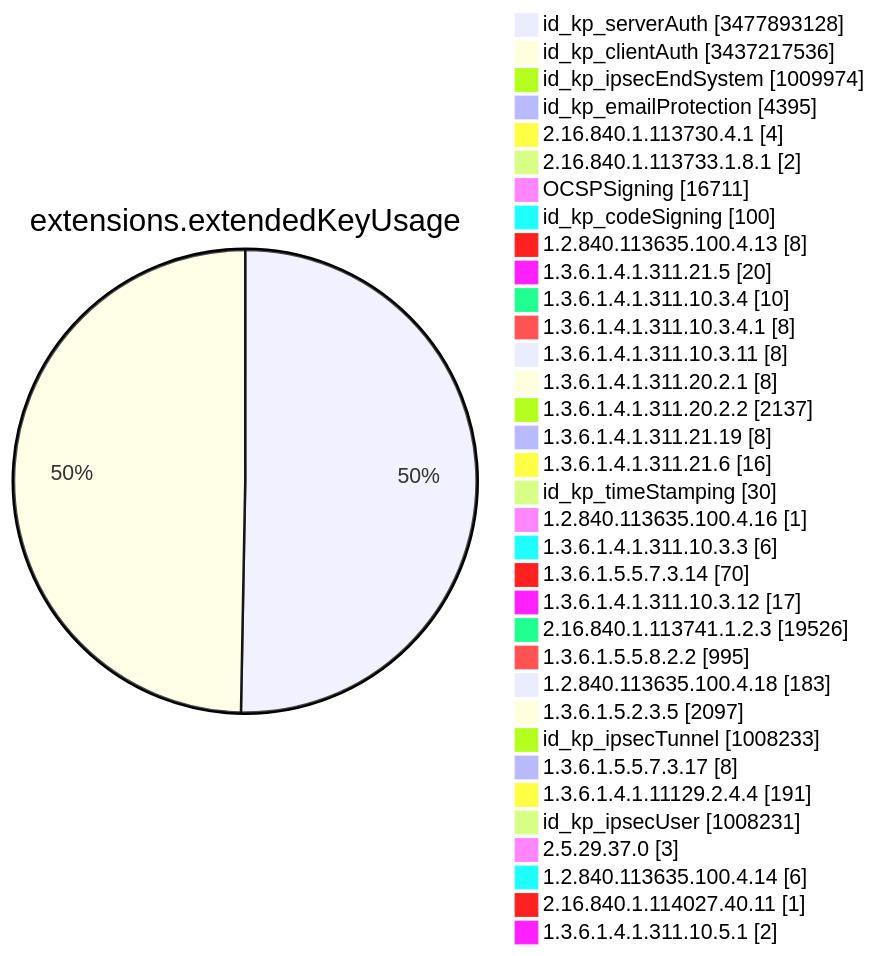
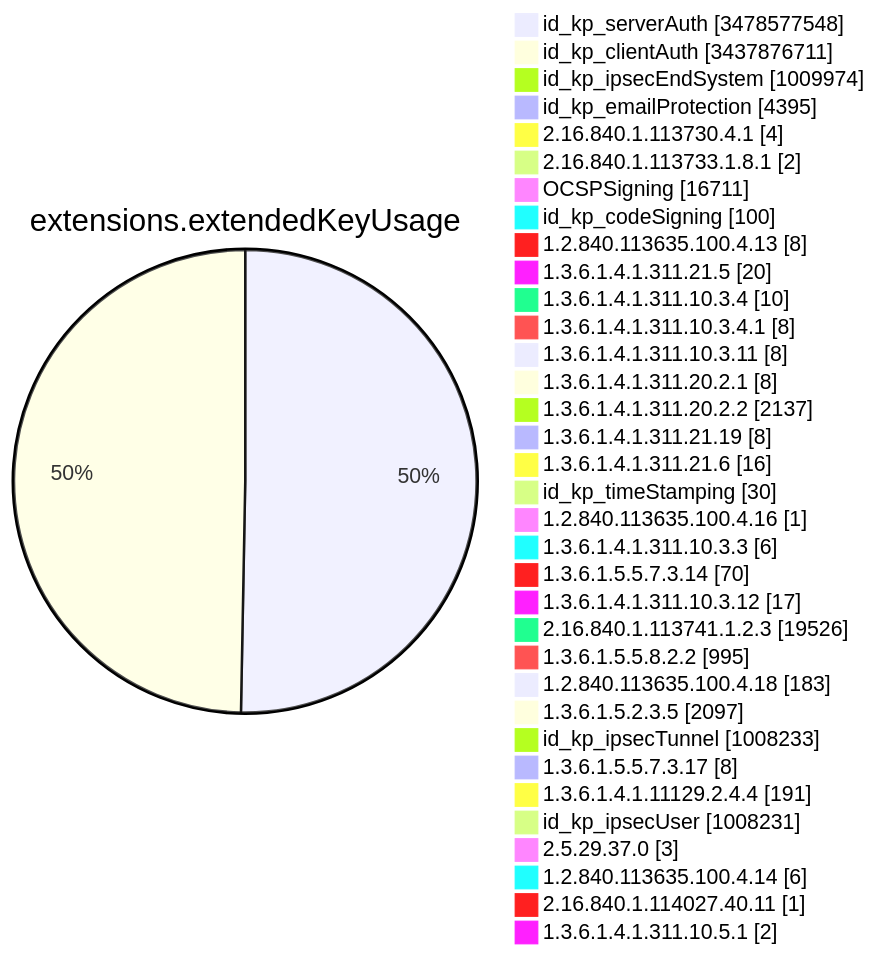
Diagram 11 of 15 in TOTAL/README.md (christiankrug/ctmonitor_visualization), drawn with Mermaid before and after one commit. The commit also changed other lines of this file, not shown here.

````diff
--- a/TOTAL/README.md
+++ b/TOTAL/README.md
@@ -4123,38 +4123,38 @@
 ```mermaid
 pie showData
 title extensions.extendedKeyUsage
-"id_kp_serverAuth" :3477893128
-"id_kp_clientAuth" :3437217536
+"id_kp_serverAuth" :3478577548
+"id_kp_clientAuth" :3437876711
 "id_kp_ipsecEndSystem" :1009974
 "id_kp_emailProtection" :4395
 "2.16.840.1.113730.4.1" :4
 "2.16.840.1.113733.1.8.1" :2
 "OCSPSigning" :16711
 "id_kp_codeSigning" :100
 "1.2.840.113635.100.4.13" :8
 "1.3.6.1.4.1.311.21.5" :20
 "1.3.6.1.4.1.311.10.3.4" :10
 "1.3.6.1.4.1.311.10.3.4.1" :8
 "1.3.6.1.4.1.311.10.3.11" :8
 "1.3.6.1.4.1.311.20.2.1" :8
 "1.3.6.1.4.1.311.20.2.2" :2137
 "1.3.6.1.4.1.311.21.19" :8
 "1.3.6.1.4.1.311.21.6" :16
 "id_kp_timeStamping" :30
 "1.2.840.113635.100.4.16" :1
 "1.3.6.1.4.1.311.10.3.3" :6
 "1.3.6.1.5.5.7.3.14" :70
 "1.3.6.1.4.1.311.10.3.12" :17
 "2.16.840.1.113741.1.2.3" :19526
 "1.3.6.1.5.5.8.2.2" :995
 "1.2.840.113635.100.4.18" :183
 "1.3.6.1.5.2.3.5" :2097
 "id_kp_ipsecTunnel" :1008233
 "1.3.6.1.5.5.7.3.17" :8
 "1.3.6.1.4.1.11129.2.4.4" :191
 "id_kp_ipsecUser" :1008231
 "2.5.29.37.0" :3
 "1.2.840.113635.100.4.14" :6
 "2.16.840.1.114027.40.11" :1
 "1.3.6.1.4.1.311.10.5.1" :2
 ```
````
